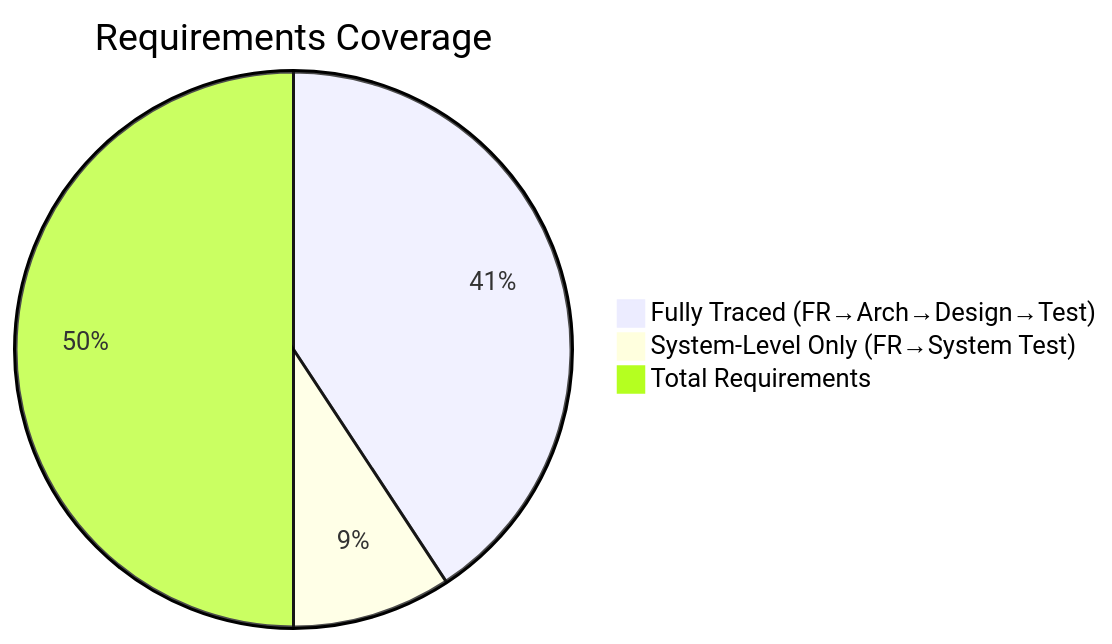
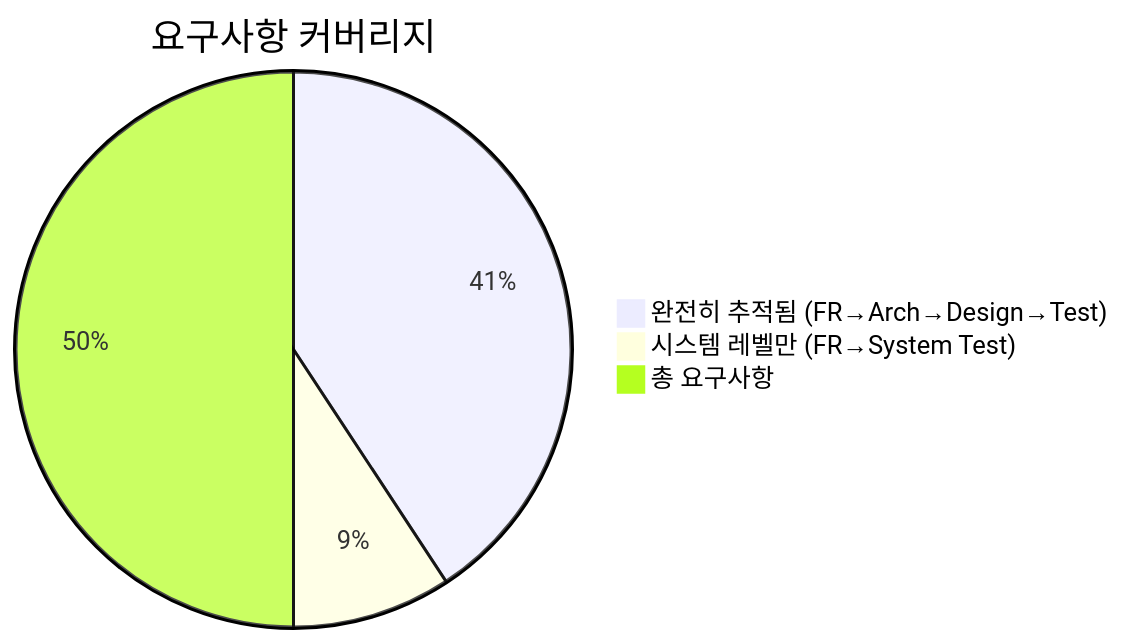
One commit to holee9/image-processing changed the second of 2 diagrams in docs/post-processing/gsvg/GSVG-RTM-001_Traceability.md. Above: the diagram before and after it, drawn with Mermaid. The commit also changed other lines of this file and 51 other files, not shown here.

````diff
--- a/docs/post-processing/gsvg/GSVG-RTM-001_Traceability.md
+++ b/docs/post-processing/gsvg/GSVG-RTM-001_Traceability.md
@@ -94,6 +94,6 @@
 ```mermaid
-pie title Requirements Coverage
-    "Fully Traced (FR→Arch→Design→Test)" : 22
-    "System-Level Only (FR→System Test)" : 5
-    "Total Requirements" : 27
+pie title 요구사항 커버리지
+    "완전히 추적됨 (FR→Arch→Design→Test)" : 22
+    "시스템 레벨만 (FR→System Test)" : 5
+    "총 요구사항" : 27
 ```
````
